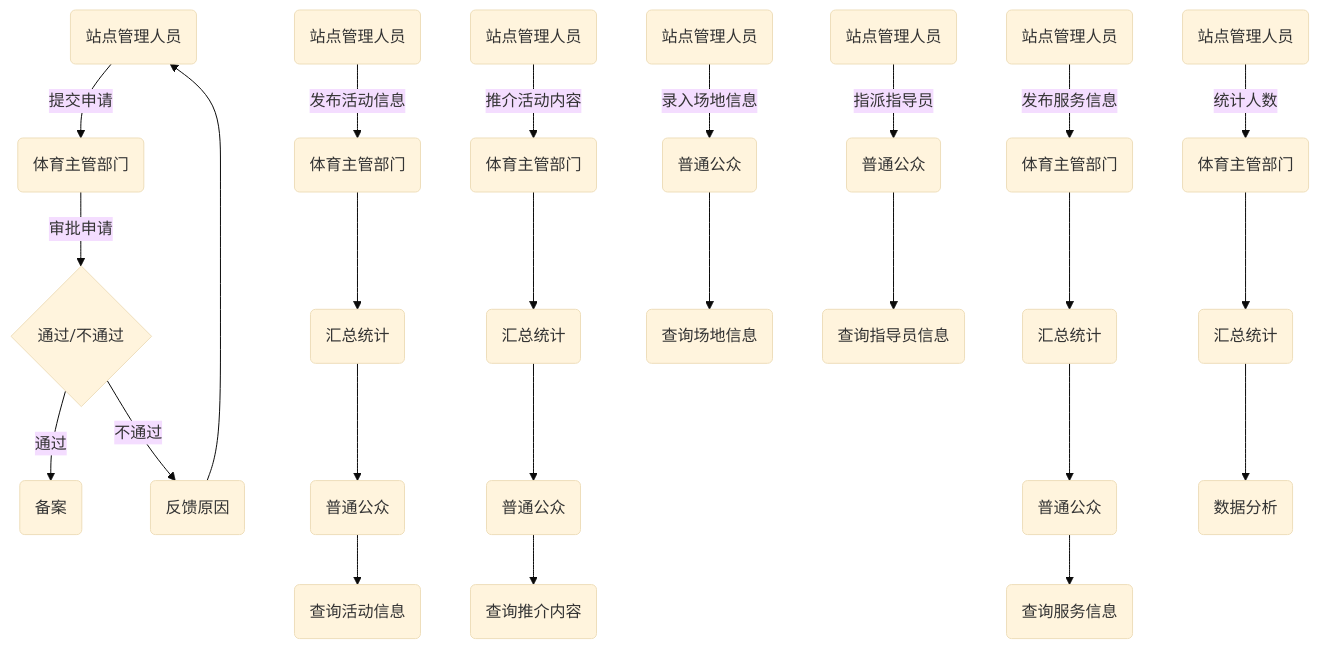
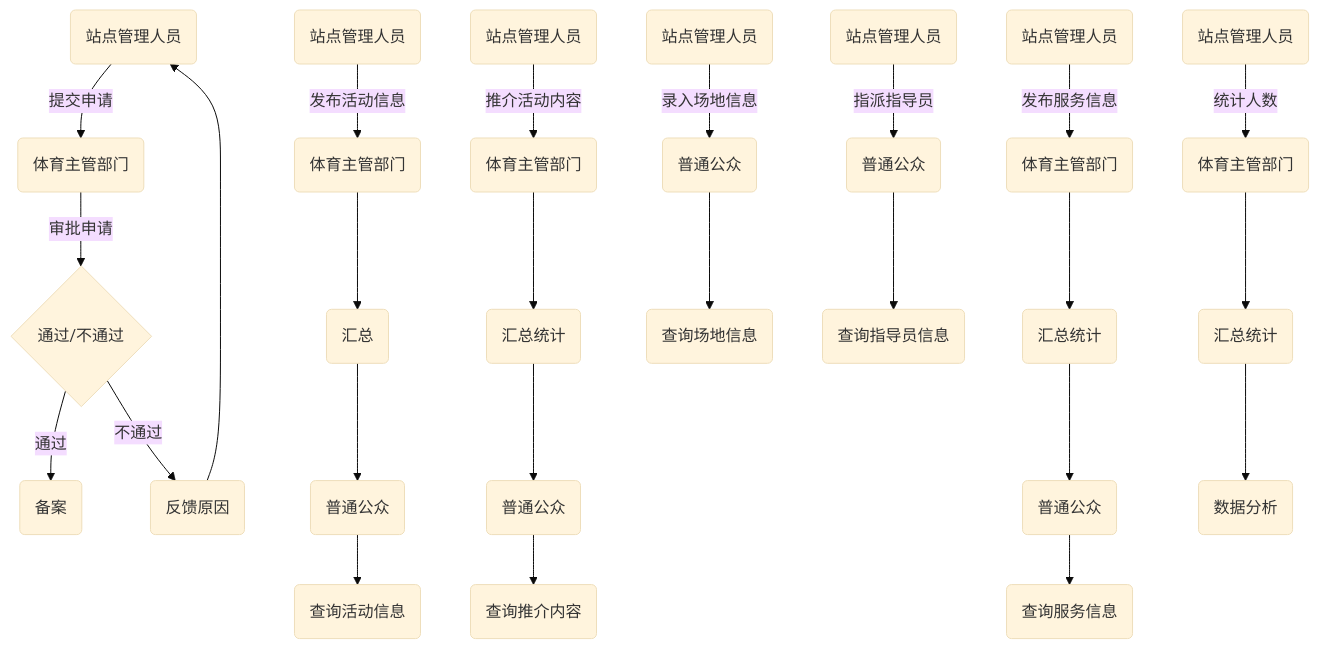
One commit to miaozjs/iodraw-files changed the diagram in all/huo.md. Above: the diagram before and after it, drawn with Mermaid (base theme).

Commit message:
2024-06-13 17:38:07 update

````diff
--- a/all/huo.md
+++ b/all/huo.md
@@ -1,34 +1,34 @@
 ```mermaid
 graph TD
     A1(站点管理人员) -->|提交申请| A2(体育主管部门)
     A2 -->|审批申请| A3{通过/不通过}
     A3 -->|通过| A4(备案)
     A3 -->|不通过| A5(反馈原因)
     A5 --> A1
 
     B1(站点管理人员) -->|发布活动信息| B2(体育主管部门)
-    B2 --> B3(汇总统计)
+    B2 --> B3(汇总)
     B3 --> B4(普通公众)
     B4 --> B5(查询活动信息)
 
     C1(站点管理人员) -->|推介活动内容| C2(体育主管部门)
     C2 --> C3(汇总统计)
     C3 --> C4(普通公众)
     C4 --> C5(查询推介内容)
 
     D1(站点管理人员) -->|发布服务信息| D2(体育主管部门)
     D2 --> D3(汇总统计)
     D3 --> D4(普通公众)
     D4 --> D5(查询服务信息)
 
     E1(站点管理人员) -->|录入场地信息| E4(普通公众)
     E4 --> E6(查询场地信息)
 
     F1(站点管理人员) -->|指派指导员| F4(普通公众)
     F4 --> F6(查询指导员信息)
 
     G1(站点管理人员) -->|统计人数| G2(体育主管部门)
     G2 --> G3(汇总统计)
     G3 --> G4(数据分析)
 
 ```
````
